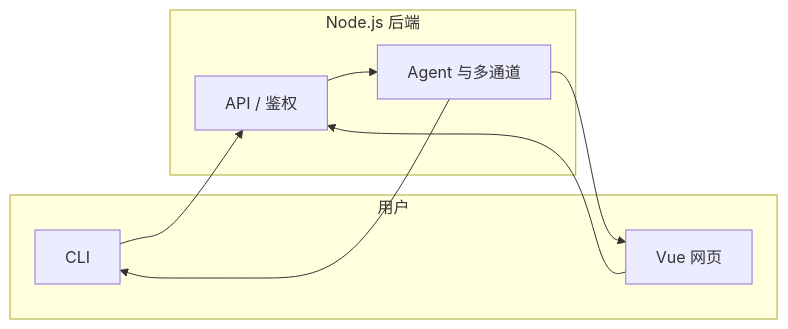
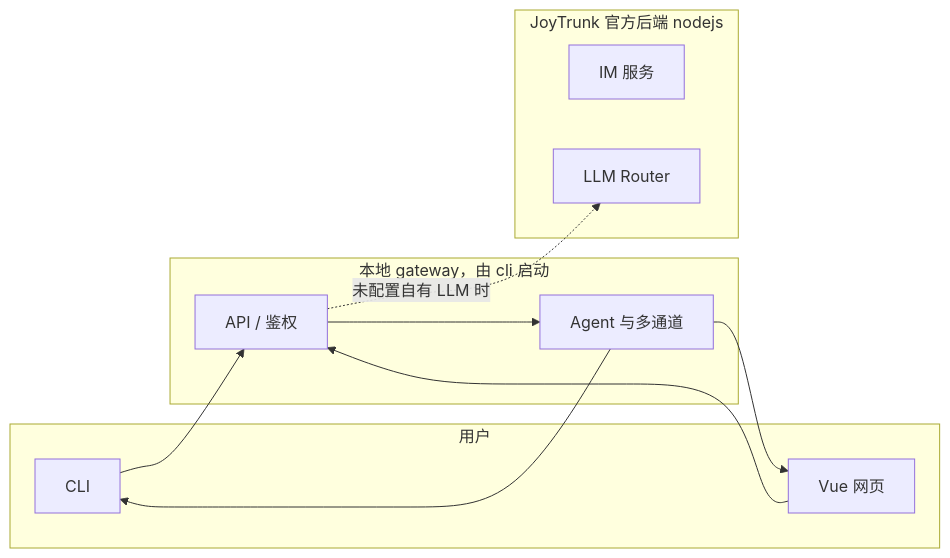
One commit to duochouchouai/joytrunk changed the second of 3 diagrams in agent.md. Above: the diagram before and after it, drawn with Mermaid. The commit also changed other lines of this file and 121 other files, not shown here.

Commit message:
feat: nodejs local server and official server

````diff
--- a/agent.md
+++ b/agent.md
@@ -32,16 +33,21 @@
 ```mermaid
 flowchart LR
   subgraph users [用户]
     CLI[CLI]
     Vue[Vue 网页]
   end
-  subgraph backend [Node.js 后端]
+  subgraph localGateway [本地 gateway，由 cli 启动]
     API[API / 鉴权]
     Agent[Agent 与多通道]
+  end
+  subgraph official [JoyTrunk 官方后端 nodejs]
+    IM[IM 服务]
+    Router[LLM Router]
   end
   CLI --> API
   Vue --> API
   API --> Agent
   Agent --> CLI
   Agent --> Vue
+  API -.->|"未配置自有 LLM 时"| Router
 ```
````
